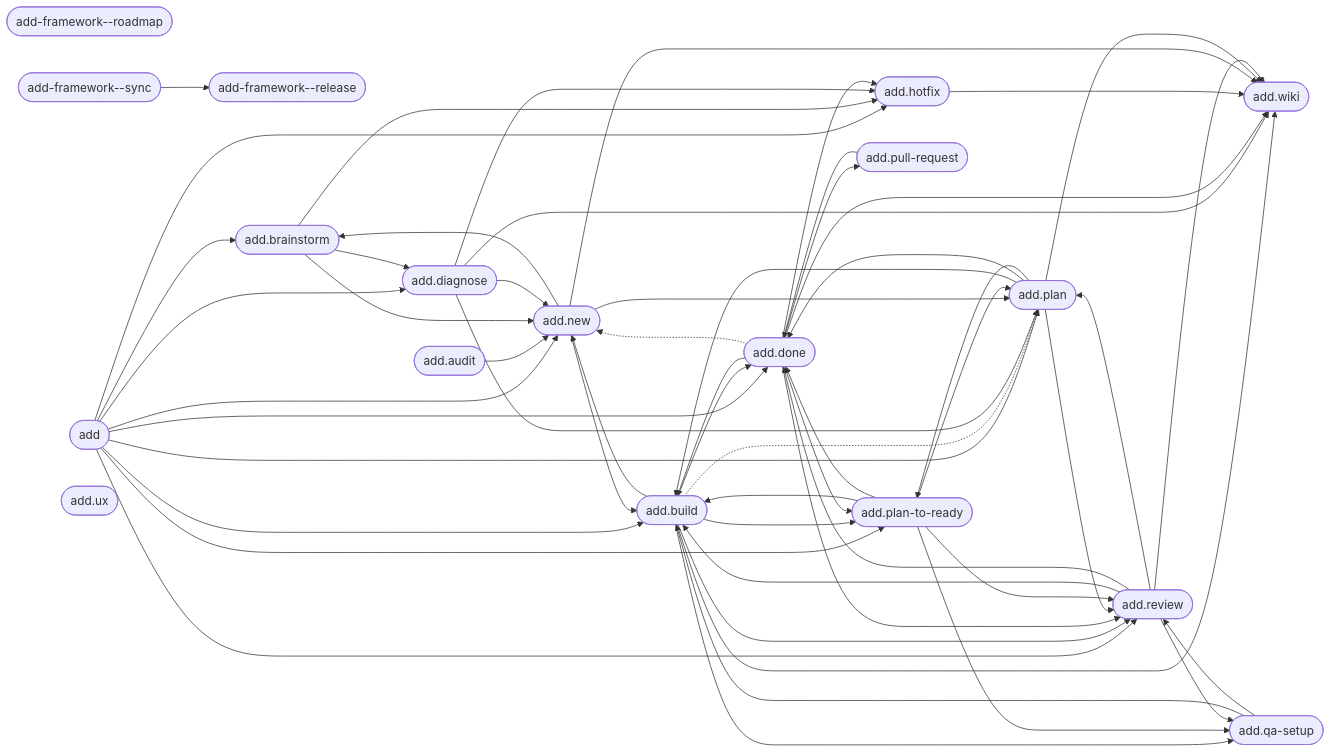
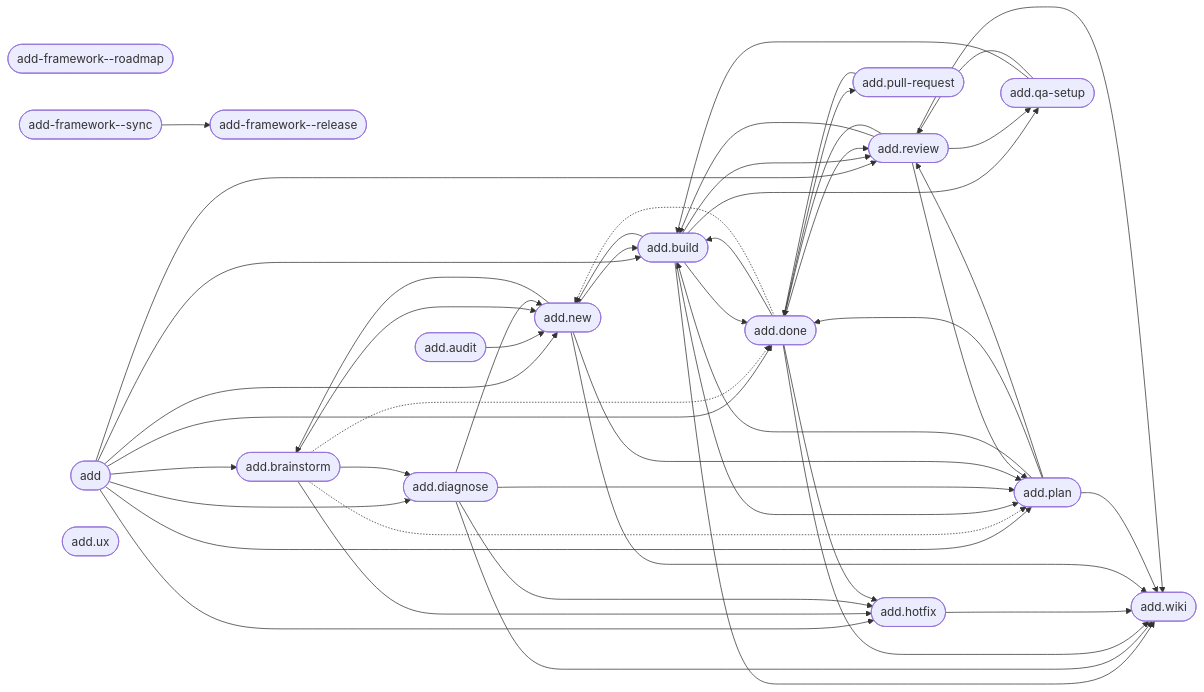
One commit to brabos-ai/code-addiction changed the diagram in web/public/artefact-graph.mmd. Above: the diagram before and after it, drawn with Mermaid. The commit also changed 7 other files, not shown here.

First line of the commit message:
docs(product-pipeline-parity): the automatic flow replaces plan-to-ready in the map, README and site

```diff
--- a/web/public/artefact-graph.mmd
+++ b/web/public/artefact-graph.mmd
@@ -1,74 +1,66 @@
 flowchart LR
     n_internal_command_add_framework__release(["add-framework--release"])
     n_internal_command_add_framework__roadmap(["add-framework--roadmap"])
     n_internal_command_add_framework__sync(["add-framework--sync"])
     n_product_command_add(["add"])
     n_product_command_add_audit(["add.audit"])
     n_product_command_add_brainstorm(["add.brainstorm"])
     n_product_command_add_build(["add.build"])
     n_product_command_add_diagnose(["add.diagnose"])
     n_product_command_add_done(["add.done"])
     n_product_command_add_hotfix(["add.hotfix"])
     n_product_command_add_new(["add.new"])
     n_product_command_add_plan(["add.plan"])
-    n_product_command_add_plan_to_ready(["add.plan-to-ready"])
     n_product_command_add_pull_request(["add.pull-request"])
     n_product_command_add_qa_setup(["add.qa-setup"])
     n_product_command_add_review(["add.review"])
     n_product_command_add_ux(["add.ux"])
     n_product_command_add_wiki(["add.wiki"])
     n_internal_command_add_framework__sync --> n_internal_command_add_framework__release
     n_product_command_add --> n_product_command_add_brainstorm
     n_product_command_add --> n_product_command_add_build
     n_product_command_add --> n_product_command_add_diagnose
     n_product_command_add --> n_product_command_add_done
     n_product_command_add --> n_product_command_add_hotfix
     n_product_command_add --> n_product_command_add_new
     n_product_command_add --> n_product_command_add_plan
-    n_product_command_add --> n_product_command_add_plan_to_ready
     n_product_command_add --> n_product_command_add_review
     n_product_command_add_audit --> n_product_command_add_new
     n_product_command_add_brainstorm --> n_product_command_add_diagnose
     n_product_command_add_brainstorm --> n_product_command_add_hotfix
     n_product_command_add_brainstorm --> n_product_command_add_new
+    n_product_command_add_brainstorm -.-> n_product_command_add_done
+    n_product_command_add_brainstorm -.-> n_product_command_add_plan
     n_product_command_add_build --> n_product_command_add_done
     n_product_command_add_build --> n_product_command_add_new
-    n_product_command_add_build --> n_product_command_add_plan_to_ready
+    n_product_command_add_build --> n_product_command_add_plan
     n_product_command_add_build --> n_product_command_add_qa_setup
     n_product_command_add_build --> n_product_command_add_review
     n_product_command_add_build --> n_product_command_add_wiki
-    n_product_command_add_build -.-> n_product_command_add_plan
     n_product_command_add_diagnose --> n_product_command_add_hotfix
     n_product_command_add_diagnose --> n_product_command_add_new
     n_product_command_add_diagnose --> n_product_command_add_plan
     n_product_command_add_diagnose --> n_product_command_add_wiki
     n_product_command_add_done --> n_product_command_add_build
     n_product_command_add_done --> n_product_command_add_hotfix
-    n_product_command_add_done --> n_product_command_add_plan_to_ready
     n_product_command_add_done --> n_product_command_add_pull_request
     n_product_command_add_done --> n_product_command_add_review
     n_product_command_add_done --> n_product_command_add_wiki
     n_product_command_add_done -.-> n_product_command_add_new
     n_product_command_add_hotfix --> n_product_command_add_wiki
     n_product_command_add_new --> n_product_command_add_brainstorm
     n_product_command_add_new --> n_product_command_add_build
     n_product_command_add_new --> n_product_command_add_plan
     n_product_command_add_new --> n_product_command_add_wiki
     n_product_command_add_plan --> n_product_command_add_build
     n_product_command_add_plan --> n_product_command_add_done
-    n_product_command_add_plan --> n_product_command_add_plan_to_ready
     n_product_command_add_plan --> n_product_command_add_review
     n_product_command_add_plan --> n_product_command_add_wiki
-    n_product_command_add_plan_to_ready --> n_product_command_add_build
-    n_product_command_add_plan_to_ready --> n_product_command_add_done
-    n_product_command_add_plan_to_ready --> n_product_command_add_plan
-    n_product_command_add_plan_to_ready --> n_product_command_add_qa_setup
-    n_product_command_add_plan_to_ready --> n_product_command_add_review
     n_product_command_add_pull_request --> n_product_command_add_done
     n_product_command_add_qa_setup --> n_product_command_add_build
     n_product_command_add_qa_setup --> n_product_command_add_review
     n_product_command_add_review --> n_product_command_add_build
     n_product_command_add_review --> n_product_command_add_done
     n_product_command_add_review --> n_product_command_add_plan
     n_product_command_add_review --> n_product_command_add_qa_setup
     n_product_command_add_review --> n_product_command_add_wiki
```
